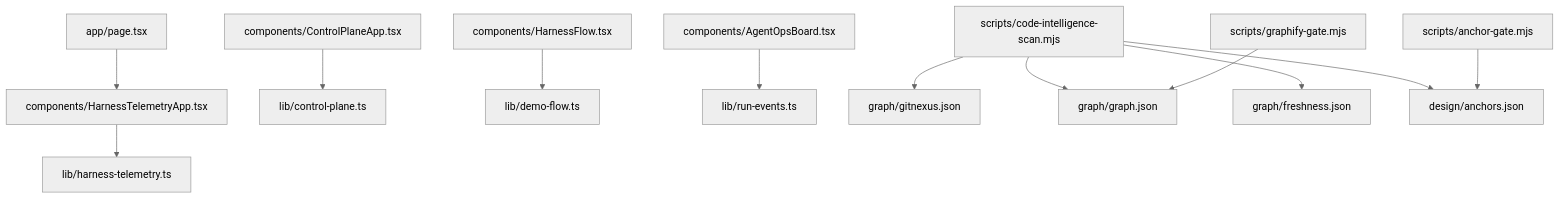
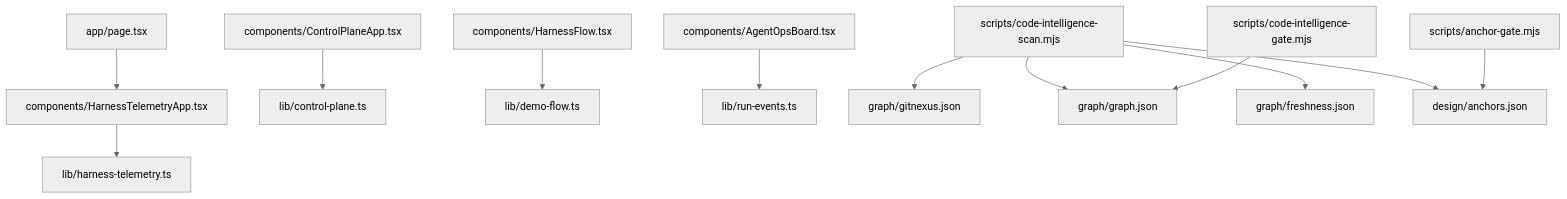
One commit to nickcarmonadigital/valdris-sdlc-harness changed the fourth of 8 diagrams in docs/HARNESS_REPO_MAP.md. Above: the diagram before and after it, drawn with Mermaid (neutral theme). The commit also changed other lines of this file and 62 other files, not shown here.

First line of the commit message:
fix: make GitNexus code intelligence canonical

````diff
--- a/docs/HARNESS_REPO_MAP.md
+++ b/docs/HARNESS_REPO_MAP.md
@@ -202,18 +202,18 @@
 ```mermaid
 flowchart TD
   AppPage["app/page.tsx"] --> TelemetryApp["components/HarnessTelemetryApp.tsx"]
   TelemetryApp --> HarnessTelemetry["lib/harness-telemetry.ts"]
 
   ControlPlaneApp["components/ControlPlaneApp.tsx"] --> ControlPlane["lib/control-plane.ts"]
 
   HarnessFlow["components/HarnessFlow.tsx"] --> DemoFlow["lib/demo-flow.ts"]
 
   AgentOpsBoard["components/AgentOpsBoard.tsx"] --> RunEvents["lib/run-events.ts"]
 
   CodeIntel["scripts/code-intelligence-scan.mjs"] --> GitNexus["graph/gitnexus.json"]
   CodeIntel --> GraphJson["graph/graph.json"]
   CodeIntel --> Freshness["graph/freshness.json"]
   CodeIntel --> Anchors["design/anchors.json"]
-  GraphGate["scripts/graphify-gate.mjs"] --> GraphJson
+  GraphGate["scripts/code-intelligence-gate.mjs"] --> GraphJson
   AnchorGate["scripts/anchor-gate.mjs"] --> Anchors
 ```
````
